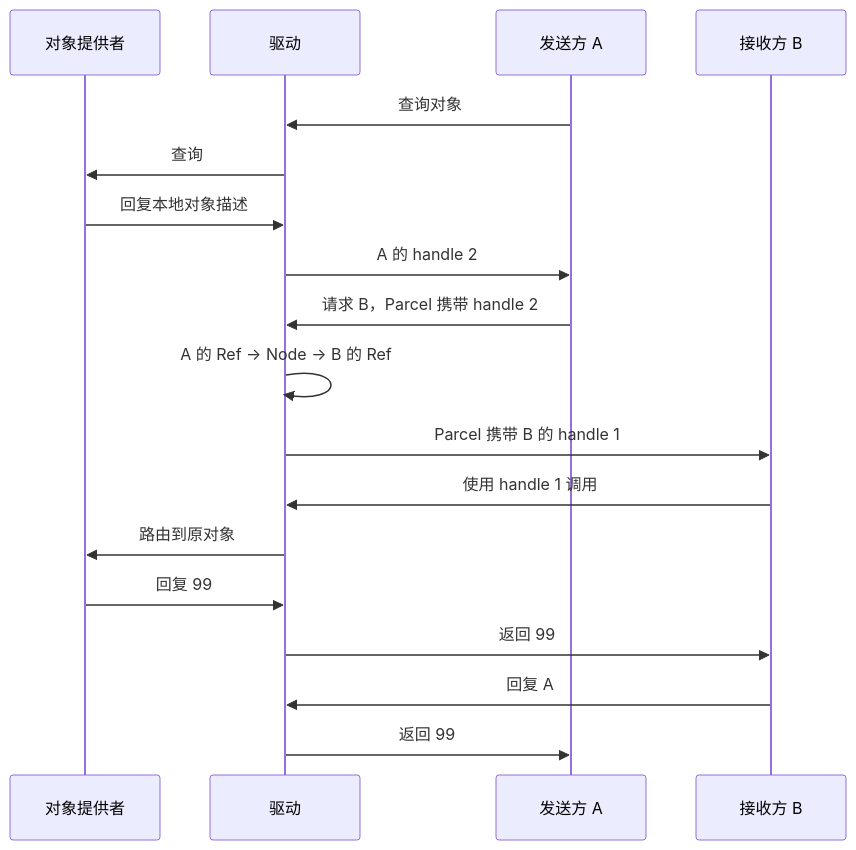
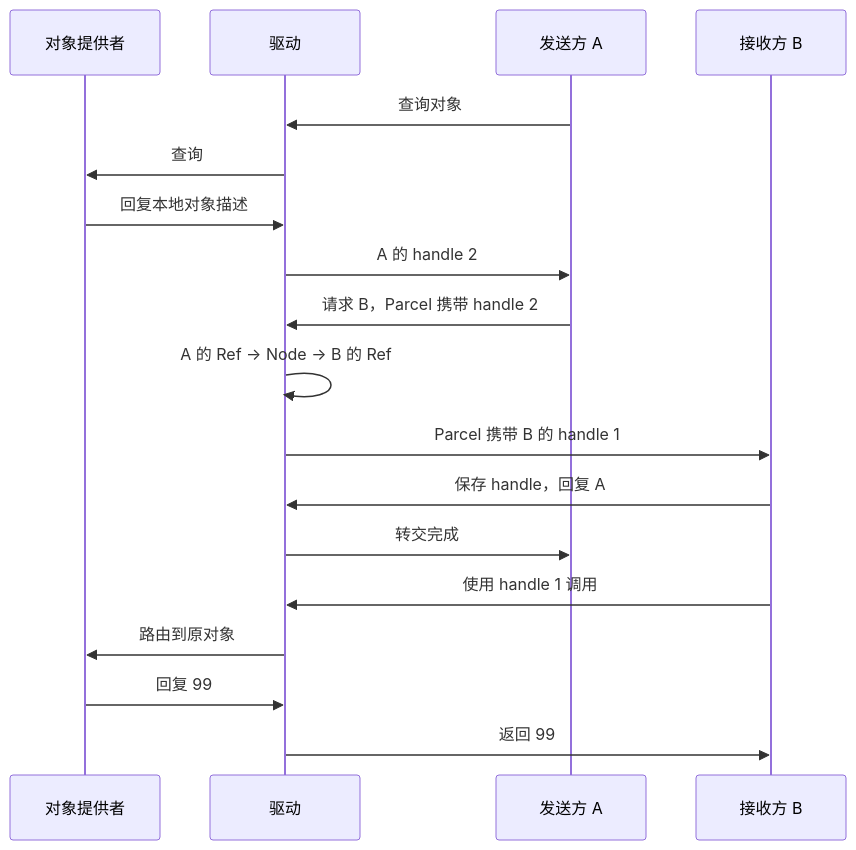
The diagram in docs/03-objects/3.6-transfer-ref.md (kobewang126/BinderABC-V3), drawn with Mermaid before and after one commit. The commit also changed other lines of this file and 17 other files, not shown here.

````diff
--- a/docs/03-objects/3.6-transfer-ref.md
+++ b/docs/03-objects/3.6-transfer-ref.md
@@ -13,20 +13,20 @@
 ```mermaid
 sequenceDiagram
     participant P as 对象提供者
     participant D as 驱动
     participant A as 发送方 A
     participant B as 接收方 B
     A->>D: 查询对象
     D->>P: 查询
     P->>D: 回复本地对象描述
     D->>A: A 的 handle 2
     A->>D: 请求 B，Parcel 携带 handle 2
     D->>D: A 的 Ref → Node → B 的 Ref
     D->>B: Parcel 携带 B 的 handle 1
+    B->>D: 保存 handle，回复 A
+    D->>A: 转交完成
     B->>D: 使用 handle 1 调用
     D->>P: 路由到原对象
     P->>D: 回复 99
     D->>B: 返回 99
-    B->>D: 回复 A
-    D->>A: 返回 99
 ```
````
